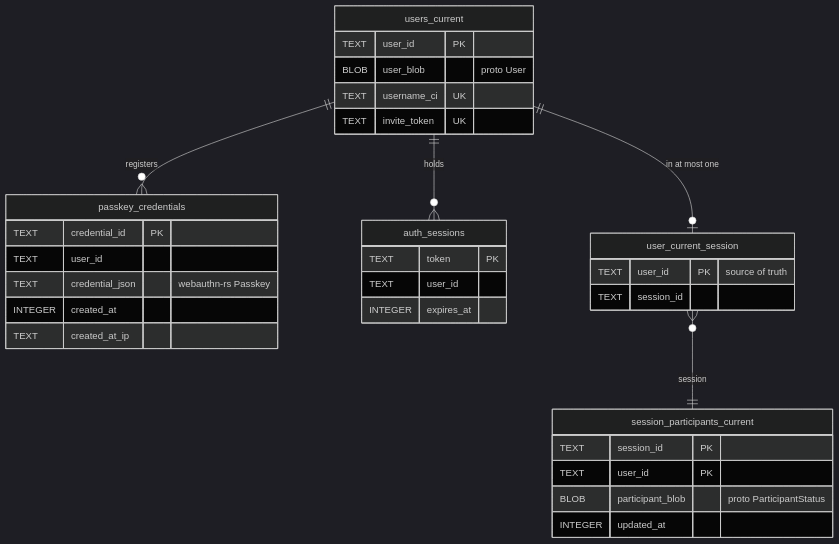
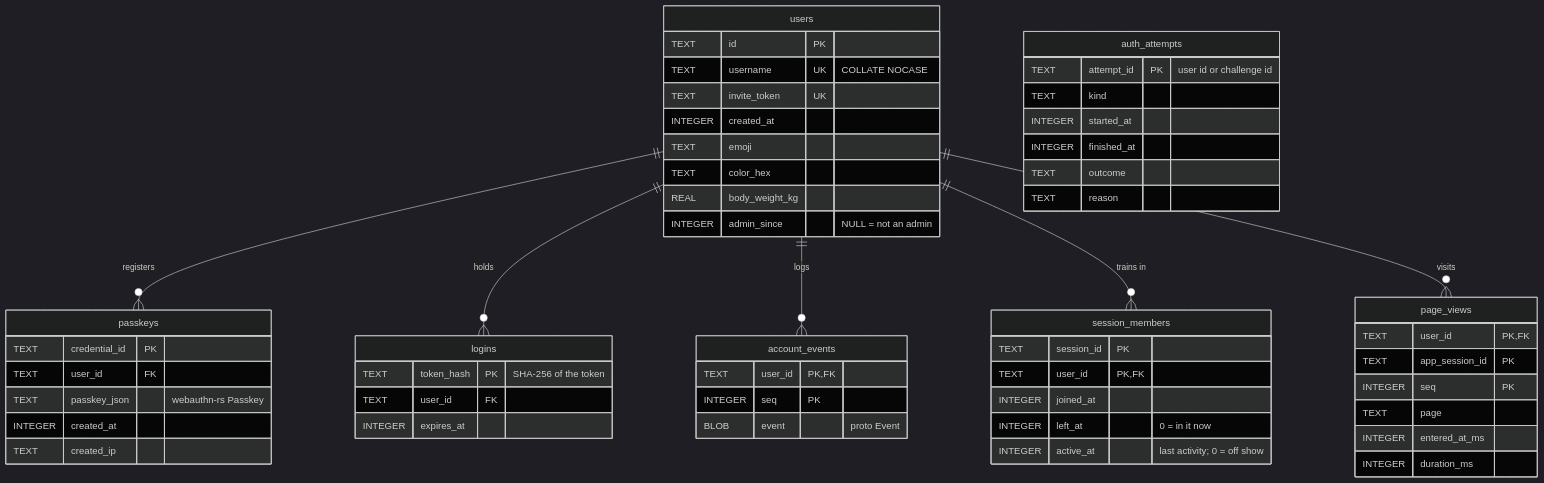
The third of 3 diagrams in docs/architecture/data-model.md (brensch/lift), drawn with Mermaid (dark theme) before and after one commit. The commit also changed other lines of this file and 32 other files, not shown here.

````diff
--- a/docs/architecture/data-model.md
+++ b/docs/architecture/data-model.md
@@ -205,36 +207,59 @@
 ```mermaid
 erDiagram
-    users_current ||--o{ passkey_credentials : "registers"
-    users_current ||--o{ auth_sessions : "holds"
-    users_current ||--o| user_current_session : "in at most one"
-    user_current_session }o--|| session_participants_current : "session"
+    users ||--o{ passkeys : "registers"
+    users ||--o{ logins : "holds"
+    users ||--o{ account_events : "logs"
+    users ||--o{ session_members : "trains in"
+    users ||--o{ page_views : "visits"
 
-    users_current {
-        TEXT user_id PK
-        BLOB user_blob "proto User"
-        TEXT username_ci UK
+    users {
+        TEXT id PK
+        TEXT username UK "COLLATE NOCASE"
         TEXT invite_token UK
+        INTEGER created_at
+        TEXT emoji
+        TEXT color_hex
+        REAL body_weight_kg
+        INTEGER admin_since "NULL = not an admin"
     }
-    passkey_credentials {
+    passkeys {
         TEXT credential_id PK
-        TEXT user_id
-        TEXT credential_json "webauthn-rs Passkey"
+        TEXT user_id FK
+        TEXT passkey_json "webauthn-rs Passkey"
         INTEGER created_at
-        TEXT created_at_ip
+        TEXT created_ip
     }
-    auth_sessions {
-        TEXT token PK
-        TEXT user_id
+    logins {
+        TEXT token_hash PK "SHA-256 of the token"
+        TEXT user_id FK
         INTEGER expires_at
     }
-    user_current_session {
-        TEXT user_id PK "source of truth"
-        TEXT session_id
+    account_events {
+        TEXT user_id PK, FK
+        INTEGER seq PK
+        BLOB event "proto Event"
     }
-    session_participants_current {
+    session_members {
         TEXT session_id PK
-        TEXT user_id PK
-        BLOB participant_blob "proto ParticipantStatus"
-        INTEGER updated_at
+        TEXT user_id PK, FK
+        INTEGER joined_at
+        INTEGER left_at "0 = in it now"
+        INTEGER active_at "last activity; 0 = off show"
+    }
+    page_views {
+        TEXT user_id PK, FK
+        TEXT app_session_id PK
+        INTEGER seq PK
+        TEXT page
+        INTEGER entered_at_ms
+        INTEGER duration_ms
+    }
+    auth_attempts {
+        TEXT attempt_id PK "user id or challenge id"
+        TEXT kind
+        INTEGER started_at
+        INTEGER finished_at
+        TEXT outcome
+        TEXT reason
     }
 ```
````
